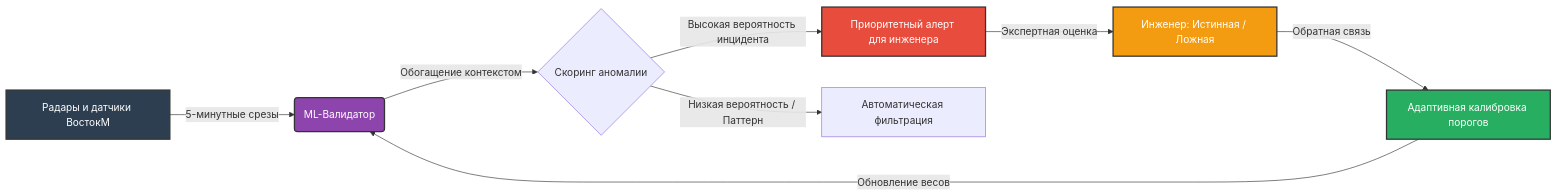
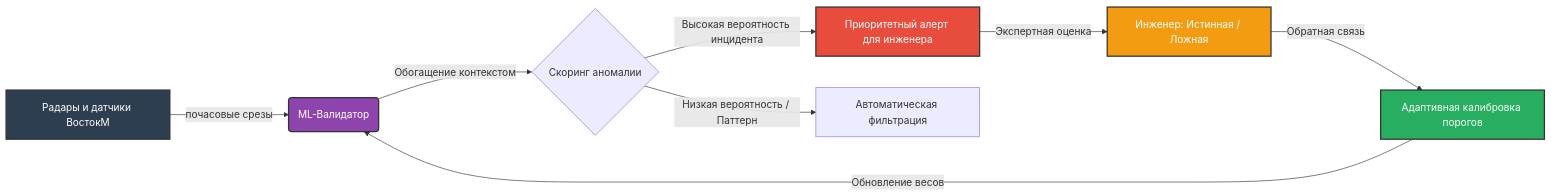
The diagram in TO_BE.md (Lexandrine/flow-analysis), drawn with Mermaid before and after one commit.

````diff
--- a/TO_BE.md
+++ b/TO_BE.md
@@ -13,16 +13,16 @@
 ```mermaid
 graph LR
-    A[ Радары и датчики ВостокМ] -->|5-минутные срезы| B( ML-Валидатор)
+    A[ Радары и датчики ВостокМ] -->|почасовые срезы| B( ML-Валидатор)
     B -->|Обогащение контекстом| C{Скоринг аномалии}
     C -->|Высокая вероятность инцидента| D[ Приоритетный алерт для инженера]
     C -->|Низкая вероятность / Паттерн| E[ Автоматическая фильтрация]
     D -->|Экспертная оценка| F[ Инженер: Истинная / Ложная]
     F -->|Обратная связь| G[ Адаптивная калибровка порогов]
     G -->|Обновление весов| B
     
     style A fill:#2c3e50,stroke:#333,stroke-width:2px,color:#fff
     style B fill:#8e44ad,stroke:#333,stroke-width:2px,color:#fff
     style D fill:#e74c3c,stroke:#333,stroke-width:2px,color:#fff
     style F fill:#f39c12,stroke:#333,stroke-width:2px,color:#fff
     style G fill:#27ae60,stroke:#333,stroke-width:2px,color:#fff
 ```
````
